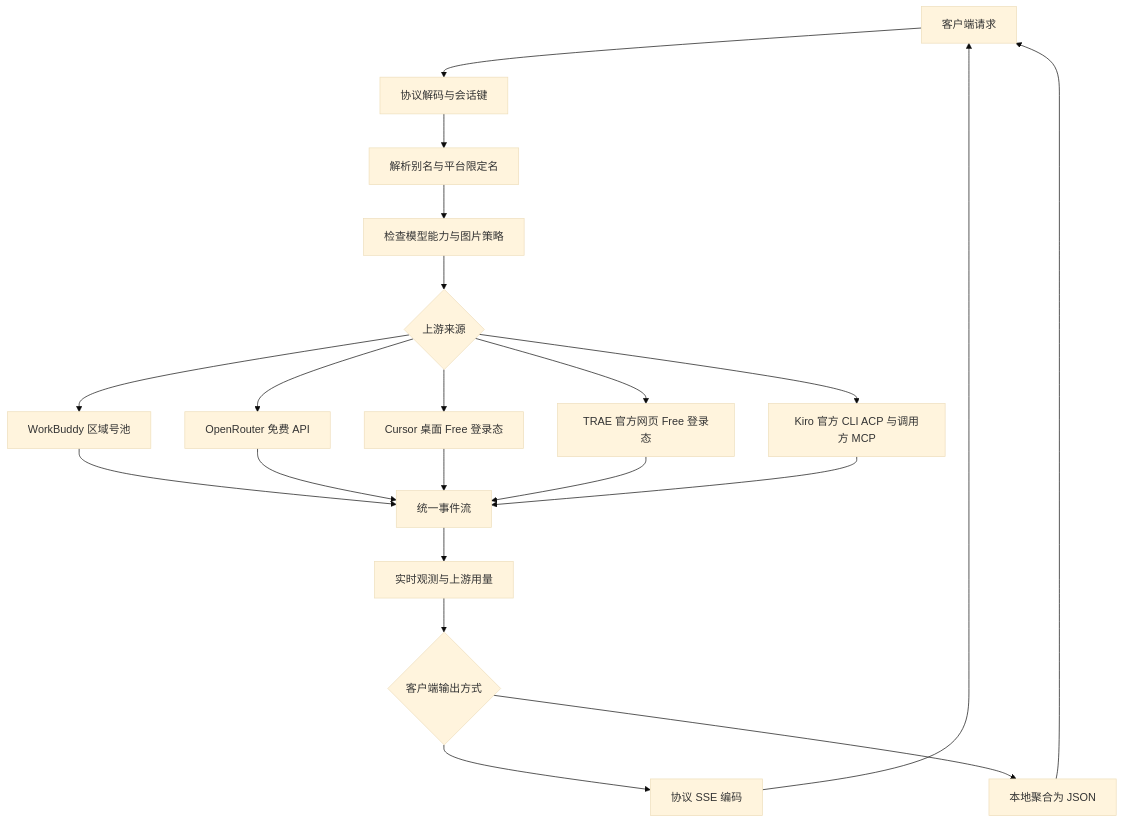
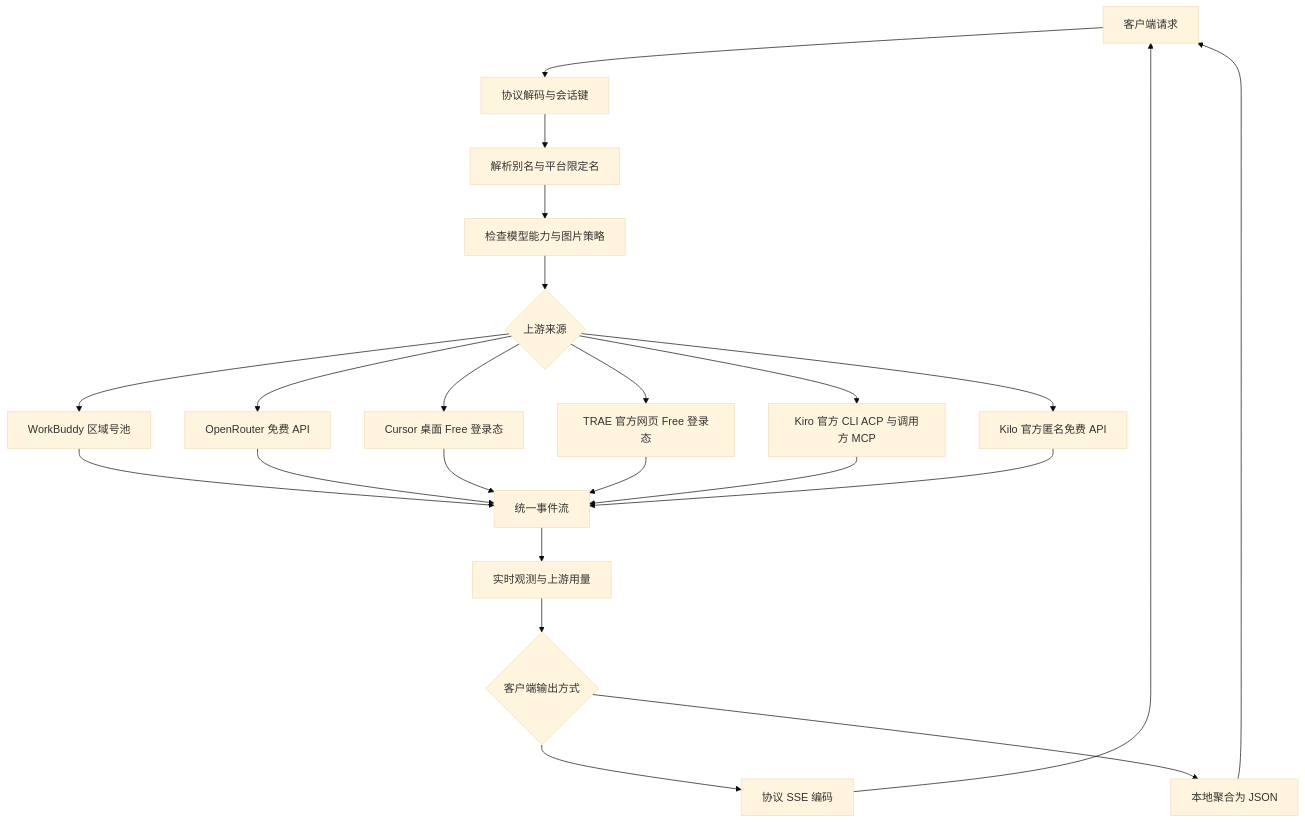
The diagram in docs/architecture.md (576469377/Agent2API), drawn with Mermaid (base theme) before and after one commit. The commit also changed other lines of this file and 48 other files, not shown here.

````diff
--- a/docs/architecture.md
+++ b/docs/architecture.md
@@ -21,23 +21,25 @@
 ```mermaid
 flowchart TB
   C[客户端请求] --> D[协议解码与会话键]
   D --> R[解析别名与平台限定名]
   R --> P[检查模型能力与图片策略]
   P --> A{上游来源}
   A --> WB[WorkBuddy 区域号池]
   A --> OR[OpenRouter 免费 API]
   A --> CU[Cursor 桌面 Free 登录态]
   A --> TR[TRAE 官方网页 Free 登录态]
   A --> KI[Kiro 官方 CLI ACP 与调用方 MCP]
+  A --> KL[Kilo 官方匿名免费 API]
   WB --> S[统一事件流]
   OR --> S
   CU --> S
   TR --> S
   KI --> S
+  KL --> S
   S --> O[实时观测与上游用量]
   O --> E{客户端输出方式}
   E --> SSE[协议 SSE 编码]
   E --> JSON[本地聚合为 JSON]
   SSE --> C
   JSON --> C
 ```
````
